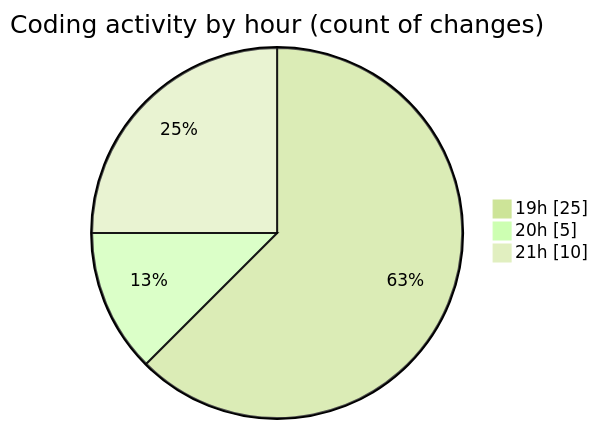
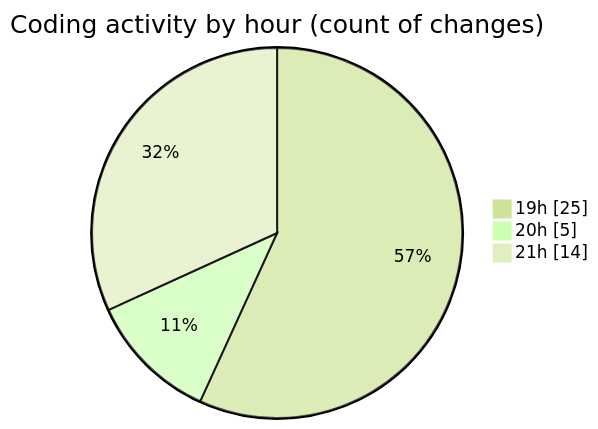
Before and after one commit to momahboobian/code-tracking: the second of 2 diagrams in 2025-02-28/cda/README.md, drawn with Mermaid (forest theme). The commit also changed other lines of this file and 1 other file, not shown here.

````diff
--- a/2025-02-28/cda/README.md
+++ b/2025-02-28/cda/README.md
@@ -34,7 +34,7 @@
 ```mermaid
 pie showData
 title Coding activity by hour (count of changes)
 "19h" : 25
 "20h" : 5
-"21h" : 10
+"21h" : 14
 ```
````
